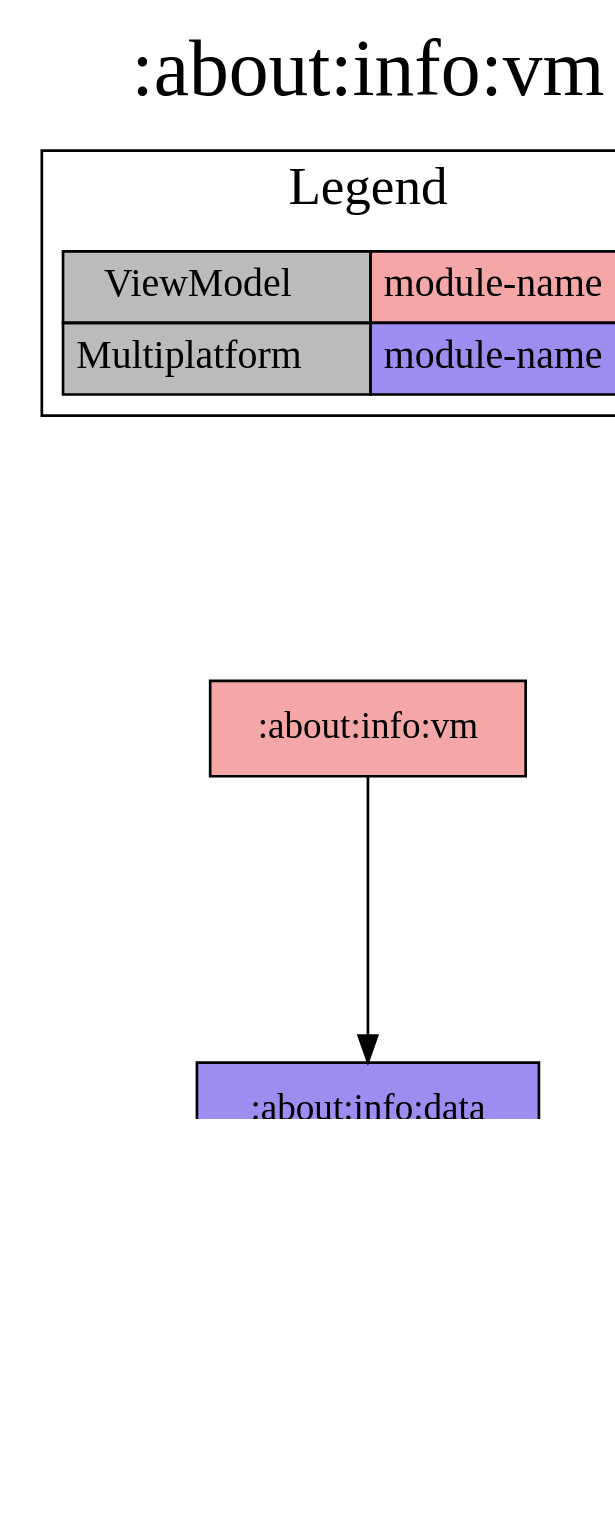
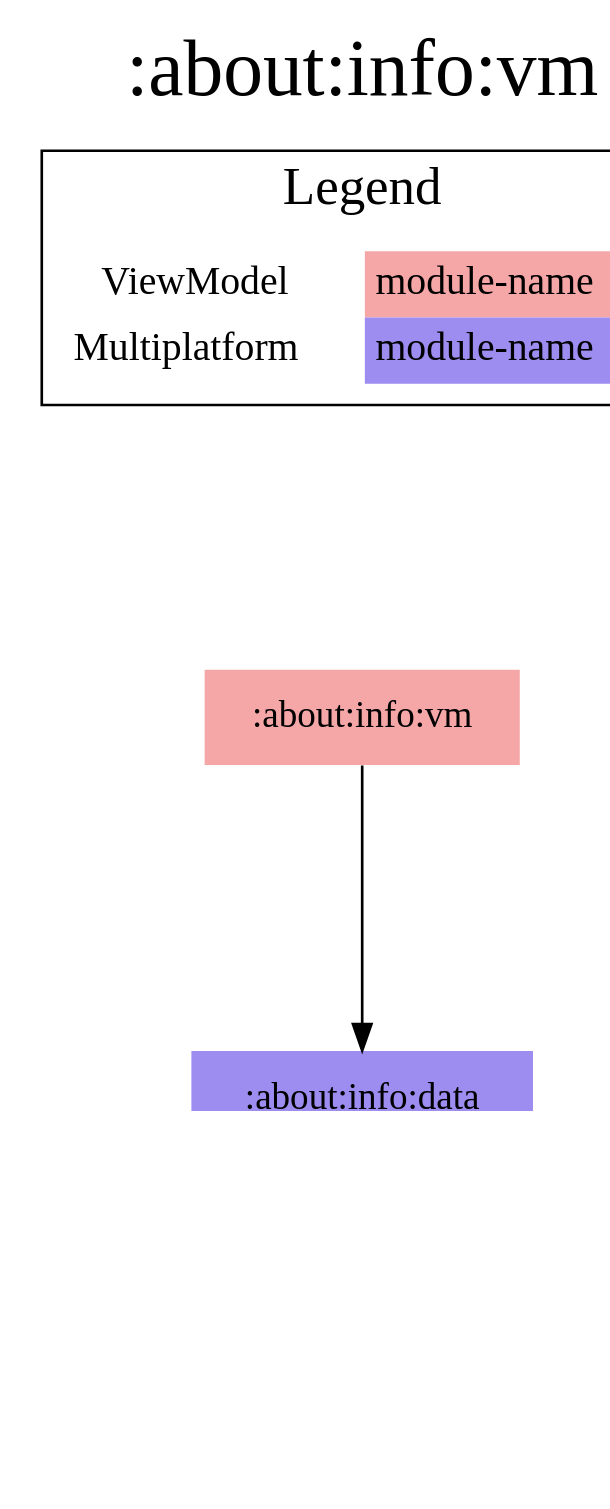
One commit to jonapoul/aktual changed the diagram in modules/about/info/vm/project-dependency-graph.dot. Above: the diagram before and after it, drawn with Graphviz. The commit also changed 62 other files, not shown here.

Commit message:
Reworked diagrams plugin a bit

```diff
--- a/modules/about/info/vm/project-dependency-graph.dot
+++ b/modules/about/info/vm/project-dependency-graph.dot
@@ -1,24 +1,24 @@
 digraph {
 edge ["dir"="forward"]
 graph ["dpi"="100","label"=":about:info:vm","labelloc"="t","fontsize"="30","ranksep"="1.5","rankdir"="TB"]
 node ["style"="filled"]
-":about:info:data" ["fillcolor"="#9D8DF1","shape"="box"]
-":about:info:vm" ["fillcolor"="#F5A6A6","shape"="box"]
-":api:github" ["fillcolor"="#9D8DF1","shape"="box"]
+":about:info:vm" ["fillcolor"="#F5A6A6","shape"="none"]
+":about:info:data" ["fillcolor"="#9D8DF1","shape"="none"]
+":api:github" ["fillcolor"="#9D8DF1","shape"="none"]
 {
 edge ["dir"="none"]
 graph ["rank"="same"]
 }
 ":about:info:data" -> ":api:github"
 ":about:info:vm" -> ":about:info:data"
 subgraph "cluster_legend" {
 edge ["dir"="none"]
 graph ["label"="Legend","fontsize"="20"]
-"Legend" ["style"="filled","fillcolor"="#bbbbbb","shape"="none","margin"="0","fontsize"="15","label"=<
-<TABLE BORDER="0" CELLBORDER="1" CELLSPACING="0" CELLPADDING="4">
+"Legend" ["style"="filled","fillcolor"="#FFFFFF","shape"="none","margin"="0","fontsize"="15","label"=<
+<TABLE BORDER="0" CELLBORDER="0" CELLSPACING="0" CELLPADDING="4">
 <TR><TD>ViewModel</TD><TD BGCOLOR="#F5A6A6">module-name</TD></TR>
 <TR><TD>Multiplatform</TD><TD BGCOLOR="#9D8DF1">module-name</TD></TR>
 </TABLE>
 >]
 } -> ":about:info:vm" ["style"="invis"]
 }
```
